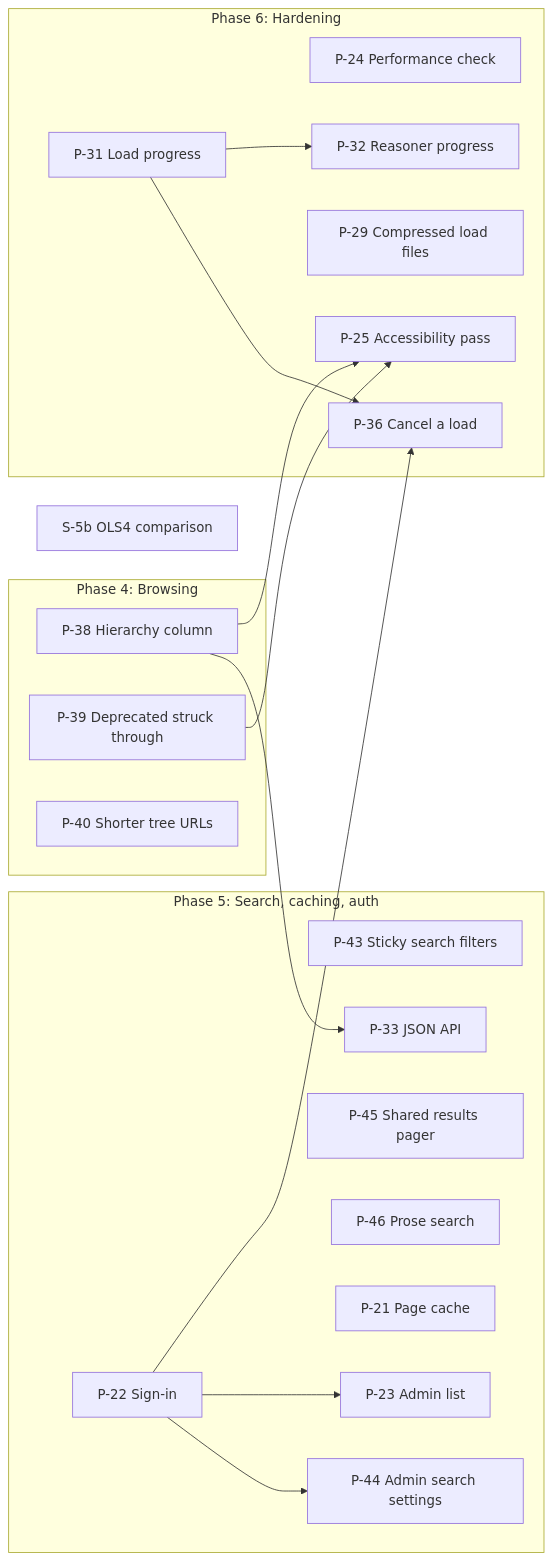
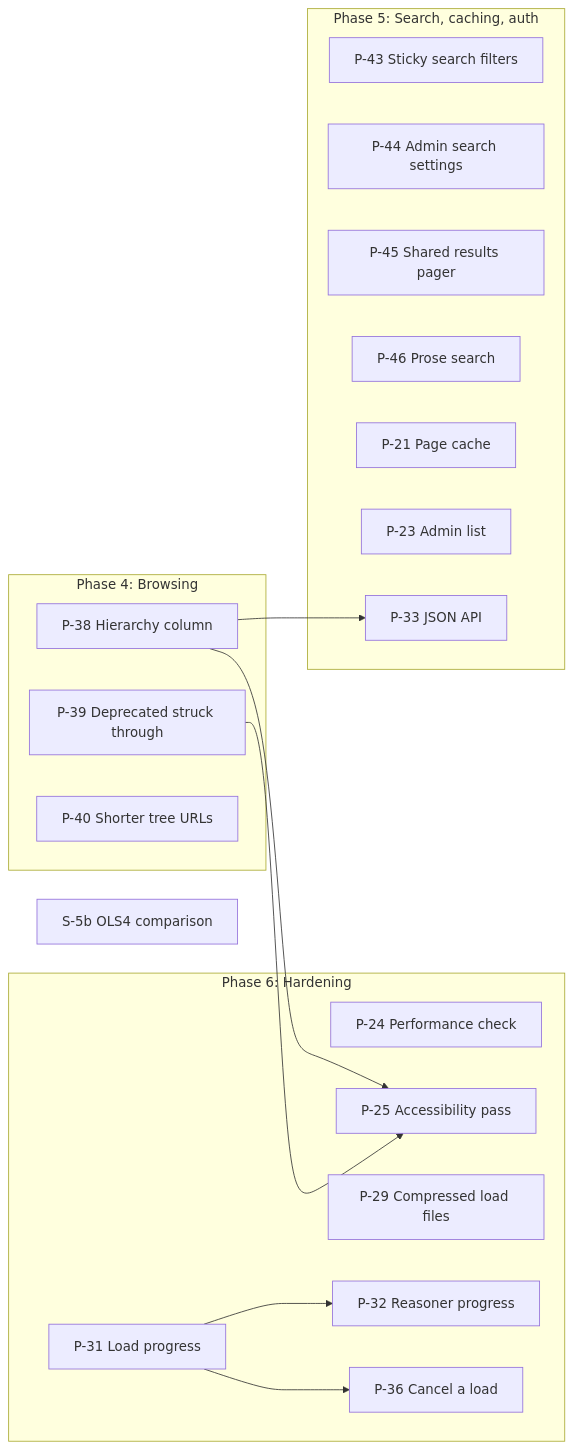
The diagram in docs/DESIGN.md (jclerman/browl), drawn with Mermaid before and after one commit. The commit also changed other lines of this file, not shown here.

Commit message:
DESIGN.md: mark P-22 done and drop it from the remaining-work graph

````diff
--- a/docs/DESIGN.md
+++ b/docs/DESIGN.md
@@ -2015,34 +2015,31 @@
 ```mermaid
 flowchart LR
     subgraph P4["Phase 4: Browsing"]
         P38["P-38 Hierarchy column"]
         P39["P-39 Deprecated struck through"]
         P40["P-40 Shorter tree URLs"]
     end
     subgraph P5["Phase 5: Search, caching, auth"]
         P43["P-43 Sticky search filters"]
         P44["P-44 Admin search settings"]
         P45["P-45 Shared results pager"]
         P46["P-46 Prose search"]
         P21["P-21 Page cache"]
-        P22["P-22 Sign-in"]
         P23["P-23 Admin list"]
         P33["P-33 JSON API"]
     end
     subgraph P6["Phase 6: Hardening"]
         P24["P-24 Performance check"]
         P25["P-25 Accessibility pass"]
         P29["P-29 Compressed load files"]
         P31["P-31 Load progress"]
         P32["P-32 Reasoner progress"]
         P36["P-36 Cancel a load"]
     end
     S5b["S-5b OLS4 comparison"]
 
     P38 --> P33
     P38 & P39 --> P25
-    P22 --> P44
-    P22 --> P23
-    P22 & P31 --> P36
+    P31 --> P36
     P31 --> P32
 ```
````
